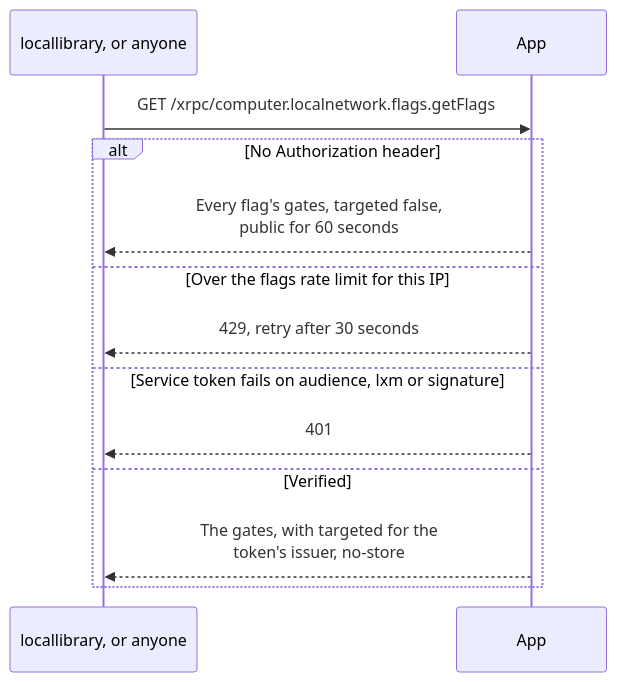
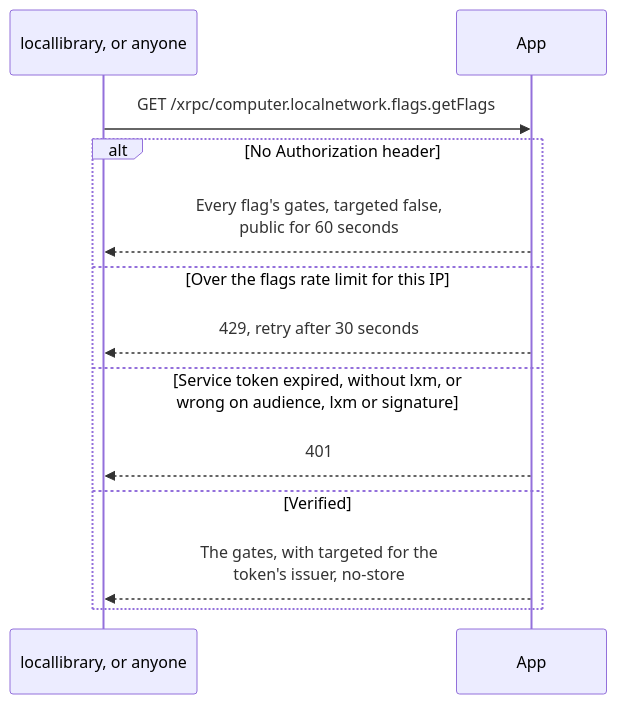
One commit to cutenode/localnetwork changed the third of 5 diagrams in apps/web/docs/diagrams/flags.md. Above: the diagram before and after it, drawn with Mermaid. The commit also changed other lines of this file and 7 other files, not shown here.

First line of the commit message:
docs(web): bring the diagrams in line with main after the extraction PRs

````diff
--- a/apps/web/docs/diagrams/flags.md
+++ b/apps/web/docs/diagrams/flags.md
@@ -57,15 +57,15 @@
 ```mermaid
 sequenceDiagram
   participant C as locallibrary, or anyone
   participant A as App
   C->>A: GET /xrpc/computer.localnetwork.flags.getFlags
   alt No Authorization header
     A-->>C: Every flag's gates, targeted false,<br/>public for 60 seconds
   else Over the flags rate limit for this IP
     A-->>C: 429, retry after 30 seconds
-  else Service token fails on audience, lxm or signature
+  else Service token expired, without lxm, or<br/>wrong on audience, lxm or signature
     A-->>C: 401
   else Verified
     A-->>C: The gates, with targeted for the<br/>token's issuer, no-store
   end
 ```
````
